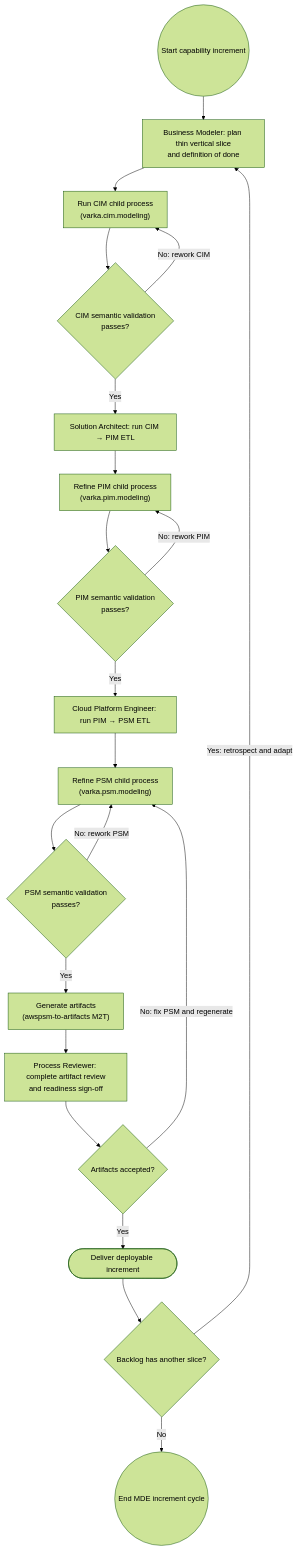
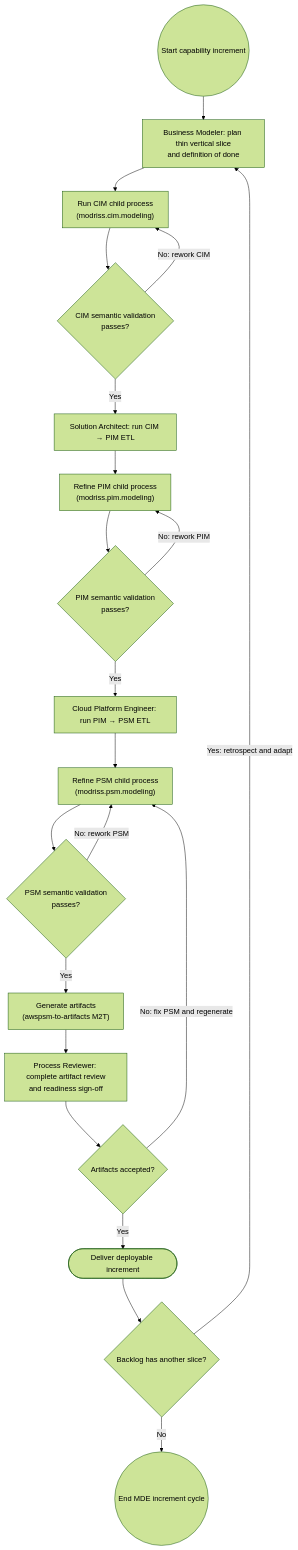
One commit to mehdieidi/modriss changed the diagram in docs/diagrams/33-end-to-end-methodology-activity.md. Above: the diagram before and after it, drawn with Mermaid (forest theme). The commit also changed other lines of this file and 933 other files, not shown here.

````diff
--- a/docs/diagrams/33-end-to-end-methodology-activity.md
+++ b/docs/diagrams/33-end-to-end-methodology-activity.md
@@ -5,23 +5,23 @@
 ```mermaid
 flowchart TD
     start((Start capability increment)) --> plan["Business Modeler: plan thin vertical slice<br/>and definition of done"]
-    plan --> cim["Run CIM child process<br/>(varka.cim.modeling)"]
+    plan --> cim["Run CIM child process<br/>(modriss.cim.modeling)"]
     cim --> cimGate{"CIM semantic validation<br/>passes?"}
     cimGate -- "No: rework CIM" --> cim
     cimGate -- "Yes" --> cp["Solution Architect: run CIM → PIM ETL"]
-    cp --> pim["Refine PIM child process<br/>(varka.pim.modeling)"]
+    cp --> pim["Refine PIM child process<br/>(modriss.pim.modeling)"]
     pim --> pimGate{"PIM semantic validation<br/>passes?"}
     pimGate -- "No: rework PIM" --> pim
     pimGate -- "Yes" --> pp["Cloud Platform Engineer: run PIM → PSM ETL"]
-    pp --> psm["Refine PSM child process<br/>(varka.psm.modeling)"]
+    pp --> psm["Refine PSM child process<br/>(modriss.psm.modeling)"]
     psm --> psmGate{"PSM semantic validation<br/>passes?"}
     psmGate -- "No: rework PSM" --> psm
     psmGate -- "Yes" --> m2t["Generate artifacts<br/>(awspsm-to-artifacts M2T)"]
     m2t --> artifactReview["Process Reviewer: complete artifact review<br/>and readiness sign-off"]
     artifactReview --> accepted{"Artifacts accepted?"}
     accepted -- "No: fix PSM and regenerate" --> psm
     accepted -- "Yes" --> deliver(["Deliver deployable increment"])
     deliver --> more{"Backlog has another slice?"}
     more -- "Yes: retrospect and adapt" --> plan
     more -- "No" --> done((End MDE increment cycle))
 ```
````
